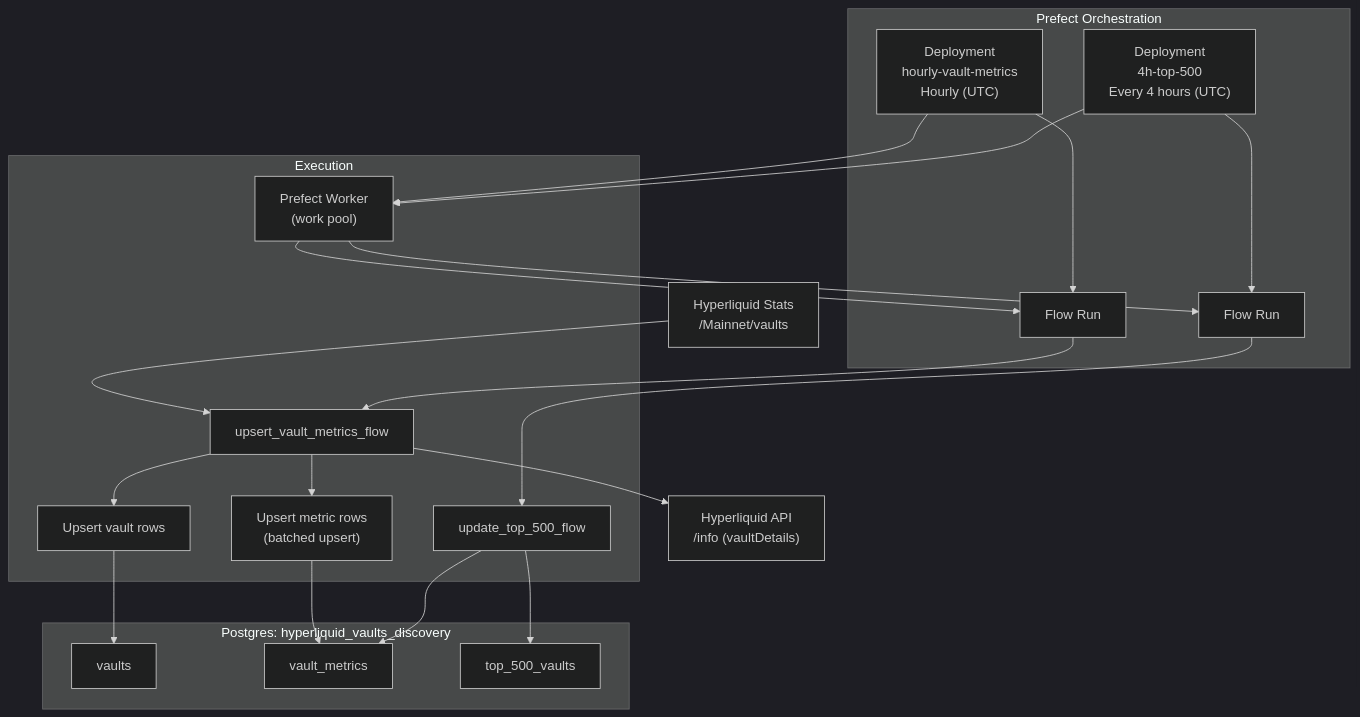
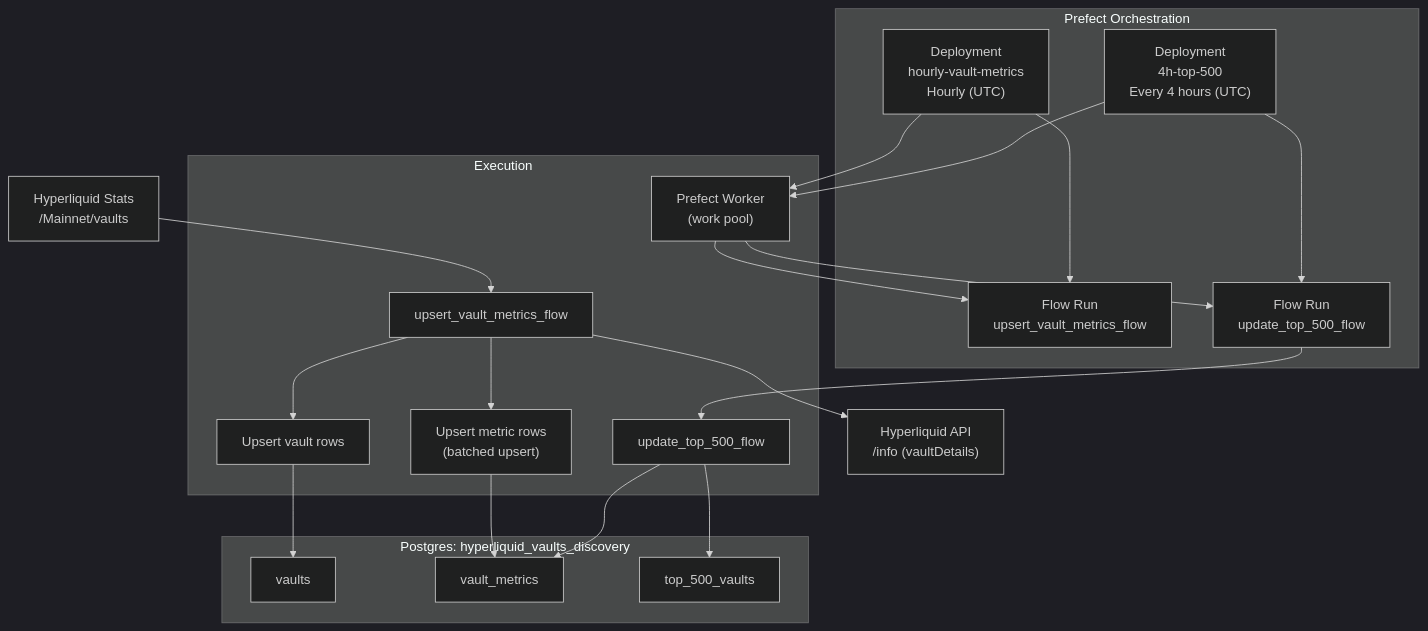
One commit to awesomegusS/tm-vov-dashboard changed the diagram in docs/dataingestion/overview.md. Above: the diagram before and after it, drawn with Mermaid (dark theme). The commit also changed 1 other file, not shown here.

Commit message:
[F]: edited mermaid edges so it looks neater and added step by step instructions to deploy on railway

````diff
--- a/docs/dataingestion/overview.md
+++ b/docs/dataingestion/overview.md
@@ -25,39 +25,38 @@
 ```mermaid
 flowchart TD
   %% External sources
   STATS["Hyperliquid Stats<br/>/Mainnet/vaults"] --> FLOW1
   FLOW1 --> INFO["Hyperliquid API<br/>/info (vaultDetails)"]
 
   %% Prefect control plane
   subgraph PREFECT[Prefect Orchestration]
-    DEP1["Deployment<br/>hourly-vault-metrics<br/>Hourly (UTC)"] --> RUN1[Flow Run]
-    DEP2["Deployment<br/>4h-top-500<br/>Every 4 hours (UTC)"] --> RUN2[Flow Run]
+    DEP1["Deployment<br/>hourly-vault-metrics<br/>Hourly (UTC)"] --> RUN1["Flow Run<br/>upsert_vault_metrics_flow"]
+    DEP2["Deployment<br/>4h-top-500<br/>Every 4 hours (UTC)"] --> RUN2["Flow Run<br/>update_top_500_flow"]
   end
 
   %% Execution
   subgraph WORKER[Execution]
     WORK["Prefect Worker<br/>(work pool)"] --> RUN1
     WORK --> RUN2
-    RUN1 --> FLOW1
     FLOW1[upsert_vault_metrics_flow] --> VUP[Upsert vault rows]
     FLOW1 --> MUP["Upsert metric rows<br/>(batched upsert)"]
     RUN2 --> TOP[update_top_500_flow]
   end
 
   %% Storage
   subgraph DB["Postgres: hyperliquid_vaults_discovery"]
     VAULTS["vaults"]
     METRICS["vault_metrics"]
     TOP500["top_500_vaults"]
   end
 
   %% Writes
   VUP --> VAULTS
   MUP --> METRICS
   TOP --> METRICS
   TOP --> TOP500
 
   %% Orchestration wiring
   DEP1 --> WORK
   DEP2 --> WORK
 ```
````
